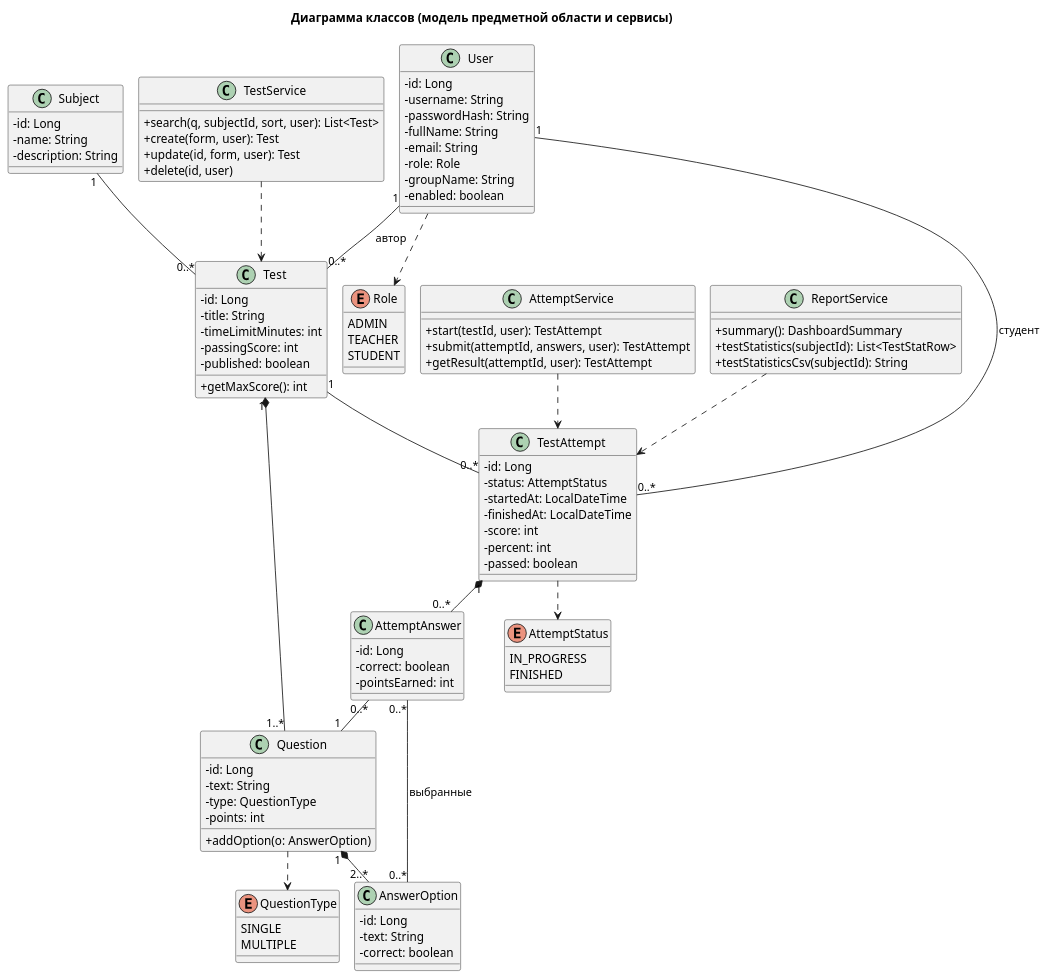
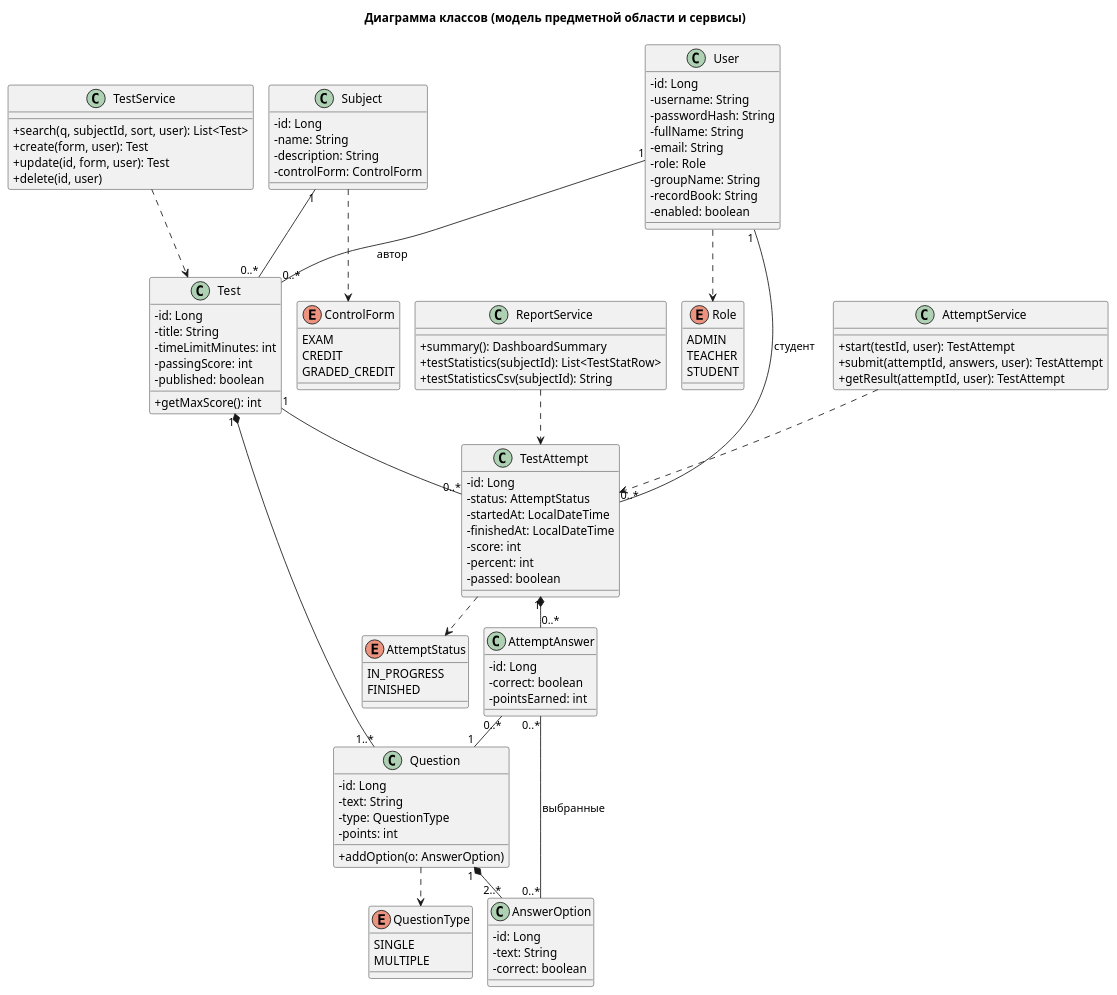
The diagram in docs/uml/2_class.puml (ChibryakovT/student-testing-system), drawn with PlantUML before and after one commit. The commit also changed 26 other files, not shown here.

```diff
--- a/docs/uml/2_class.puml
+++ b/docs/uml/2_class.puml
@@ -1,103 +1,111 @@
 @startuml class
 !pragma layout smetana
 skinparam defaultFontName Arial
 skinparam classAttributeIconSize 0
 title Диаграмма классов (модель предметной области и сервисы)
 
 enum Role {
   ADMIN
   TEACHER
   STUDENT
 }
 enum QuestionType {
   SINGLE
   MULTIPLE
 }
+enum ControlForm {
+  EXAM
+  CREDIT
+  GRADED_CREDIT
+}
 enum AttemptStatus {
   IN_PROGRESS
   FINISHED
 }
 
 class User {
   -id: Long
   -username: String
   -passwordHash: String
   -fullName: String
   -email: String
   -role: Role
   -groupName: String
+  -recordBook: String
   -enabled: boolean
 }
 class Subject {
   -id: Long
   -name: String
   -description: String
+  -controlForm: ControlForm
 }
 class Test {
   -id: Long
   -title: String
   -timeLimitMinutes: int
   -passingScore: int
   -published: boolean
   +getMaxScore(): int
 }
 class Question {
   -id: Long
   -text: String
   -type: QuestionType
   -points: int
   +addOption(o: AnswerOption)
 }
 class AnswerOption {
   -id: Long
   -text: String
   -correct: boolean
 }
 class TestAttempt {
   -id: Long
   -status: AttemptStatus
   -startedAt: LocalDateTime
   -finishedAt: LocalDateTime
   -score: int
   -percent: int
   -passed: boolean
 }
 class AttemptAnswer {
   -id: Long
   -correct: boolean
   -pointsEarned: int
 }
 
 class TestService {
   +search(q, subjectId, sort, user): List<Test>
   +create(form, user): Test
   +update(id, form, user): Test
   +delete(id, user)
 }
 class AttemptService {
   +start(testId, user): TestAttempt
   +submit(attemptId, answers, user): TestAttempt
   +getResult(attemptId, user): TestAttempt
 }
 class ReportService {
   +summary(): DashboardSummary
   +testStatistics(subjectId): List<TestStatRow>
   +testStatisticsCsv(subjectId): String
 }
 
 Subject "1" -- "0..*" Test
 User "1" -- "0..*" Test : автор >
 Test "1" *-- "1..*" Question
 Question "1" *-- "2..*" AnswerOption
 User "1" -- "0..*" TestAttempt : студент >
 Test "1" -- "0..*" TestAttempt
 TestAttempt "1" *-- "0..*" AttemptAnswer
 AttemptAnswer "0..*" -- "1" Question
 AttemptAnswer "0..*" -- "0..*" AnswerOption : выбранные >
 User ..> Role
+Subject ..> ControlForm
 Question ..> QuestionType
 TestAttempt ..> AttemptStatus
 TestService ..> Test
 AttemptService ..> TestAttempt
 ReportService ..> TestAttempt
 @enduml
```
